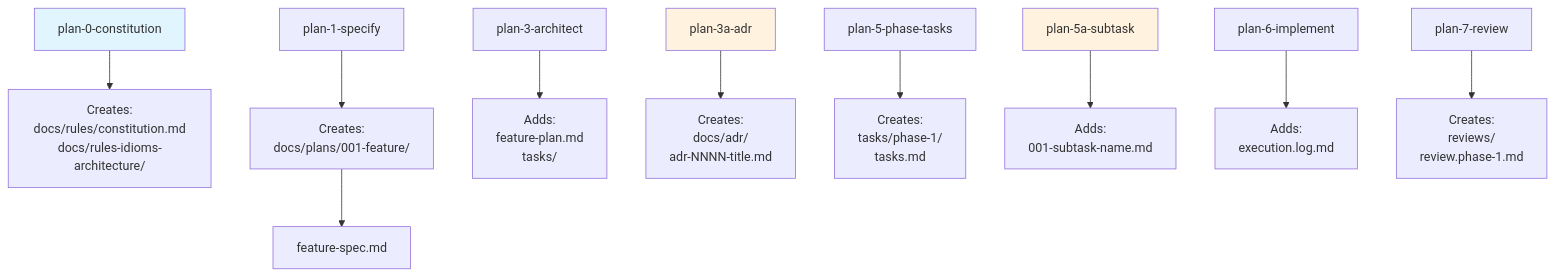
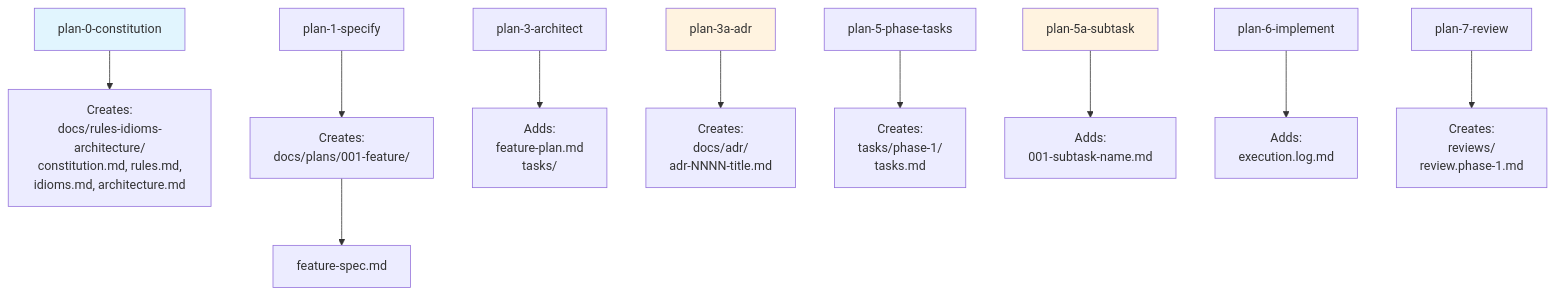
The seventh of 8 diagrams in agents/commands/README.md (jakkaj/tools), drawn with Mermaid before and after one commit. The commit also changed other lines of this file and 9 other files, not shown here.

````diff
--- a/agents/commands/README.md
+++ b/agents/commands/README.md
@@ -734,23 +734,23 @@
 ```mermaid
 graph TD
-    P0["plan-0-constitution"] --> D0["Creates:<br/>docs/rules/constitution.md<br/>docs/rules-idioms-architecture/"]
+    P0["plan-0-constitution"] --> D0["Creates:<br/>docs/rules-idioms-architecture/<br/>constitution.md, rules.md,<br/>idioms.md, architecture.md"]
 
     P1["plan-1-specify"] --> D1["Creates:<br/>docs/plans/001-feature/"]
     D1 --> F1["feature-spec.md"]
 
     P3["plan-3-architect"] --> D3["Adds:<br/>feature-plan.md<br/>tasks/"]
 
     P3A["plan-3a-adr"] --> DADR["Creates:<br/>docs/adr/<br/>adr-NNNN-title.md"]
 
     P5["plan-5-phase-tasks"] --> D5["Creates:<br/>tasks/phase-1/<br/>tasks.md"]
 
     P5A["plan-5a-subtask"] --> D5A["Adds:<br/>001-subtask-name.md"]
 
     P6["plan-6-implement"] --> D6["Adds:<br/>execution.log.md"]
 
     P7["plan-7-review"] --> D7["Creates:<br/>reviews/<br/>review.phase-1.md"]
 
     style P0 fill:#e1f5fe
     style P3A fill:#fff3e0
     style P5A fill:#fff3e0
 ```
````
